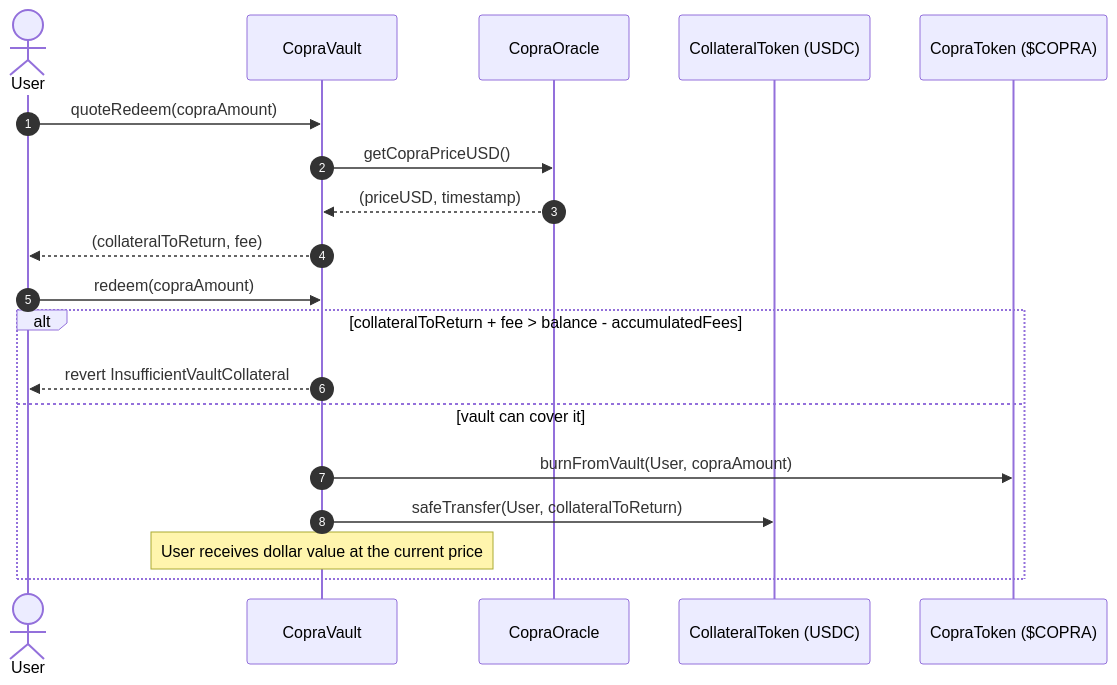
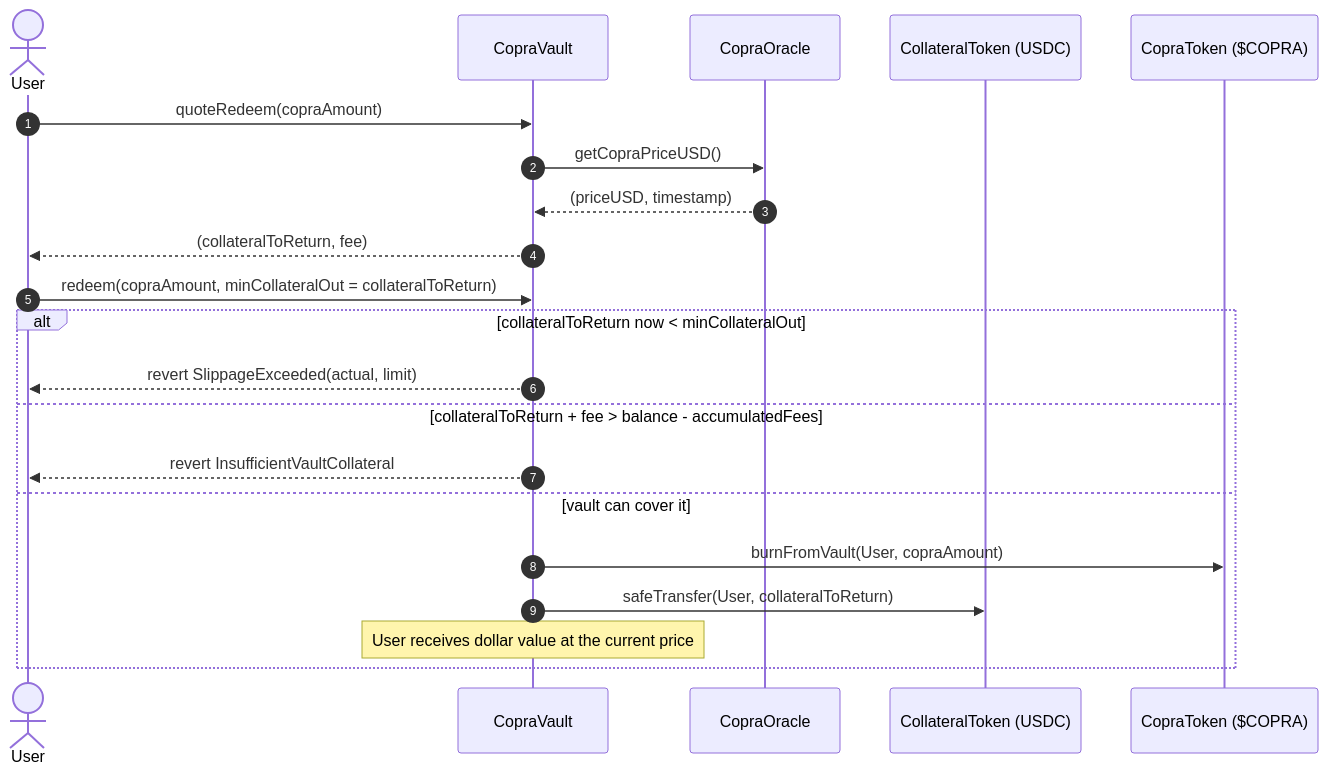
One commit to bytesbrains/copra changed the third of 3 diagrams in docs/ARCHITECTURE.md. Above: the diagram before and after it, drawn with Mermaid. The commit also changed other lines of this file and 18 other files, not shown here.

````diff
--- a/docs/ARCHITECTURE.md
+++ b/docs/ARCHITECTURE.md
@@ -60,23 +65,25 @@
 ```mermaid
 sequenceDiagram
     autonumber
     actor User
     participant Vault as CopraVault
     participant Oracle as CopraOracle
     participant USDC as CollateralToken (USDC)
     participant Token as CopraToken ($COPRA)
 
     User->>Vault: quoteRedeem(copraAmount)
     Vault->>Oracle: getCopraPriceUSD()
     Oracle-->>Vault: (priceUSD, timestamp)
     Vault-->>User: (collateralToReturn, fee)
 
-    User->>Vault: redeem(copraAmount)
-    alt collateralToReturn + fee > balance - accumulatedFees
+    User->>Vault: redeem(copraAmount, minCollateralOut = collateralToReturn)
+    alt collateralToReturn now < minCollateralOut
+        Vault-->>User: revert SlippageExceeded(actual, limit)
+    else collateralToReturn + fee > balance - accumulatedFees
         Vault-->>User: revert InsufficientVaultCollateral
     else vault can cover it
         Vault->>Token: burnFromVault(User, copraAmount)
         Vault->>USDC: safeTransfer(User, collateralToReturn)
         Note over Vault: User receives dollar value at the current price
     end
 ```
````
